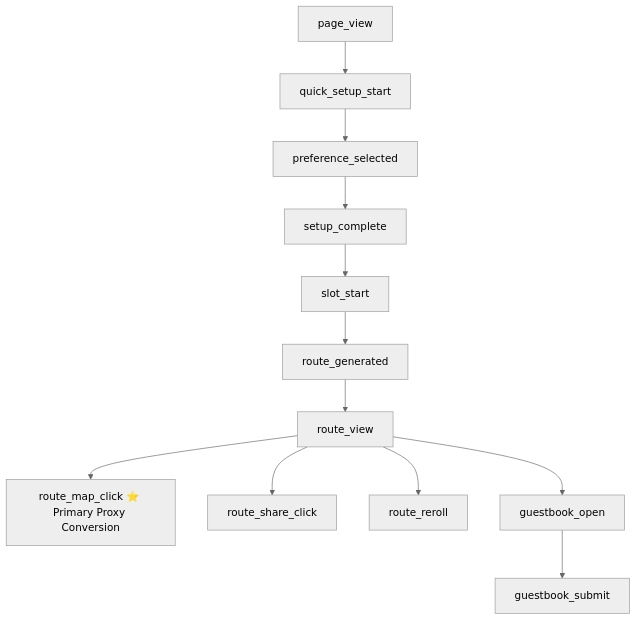
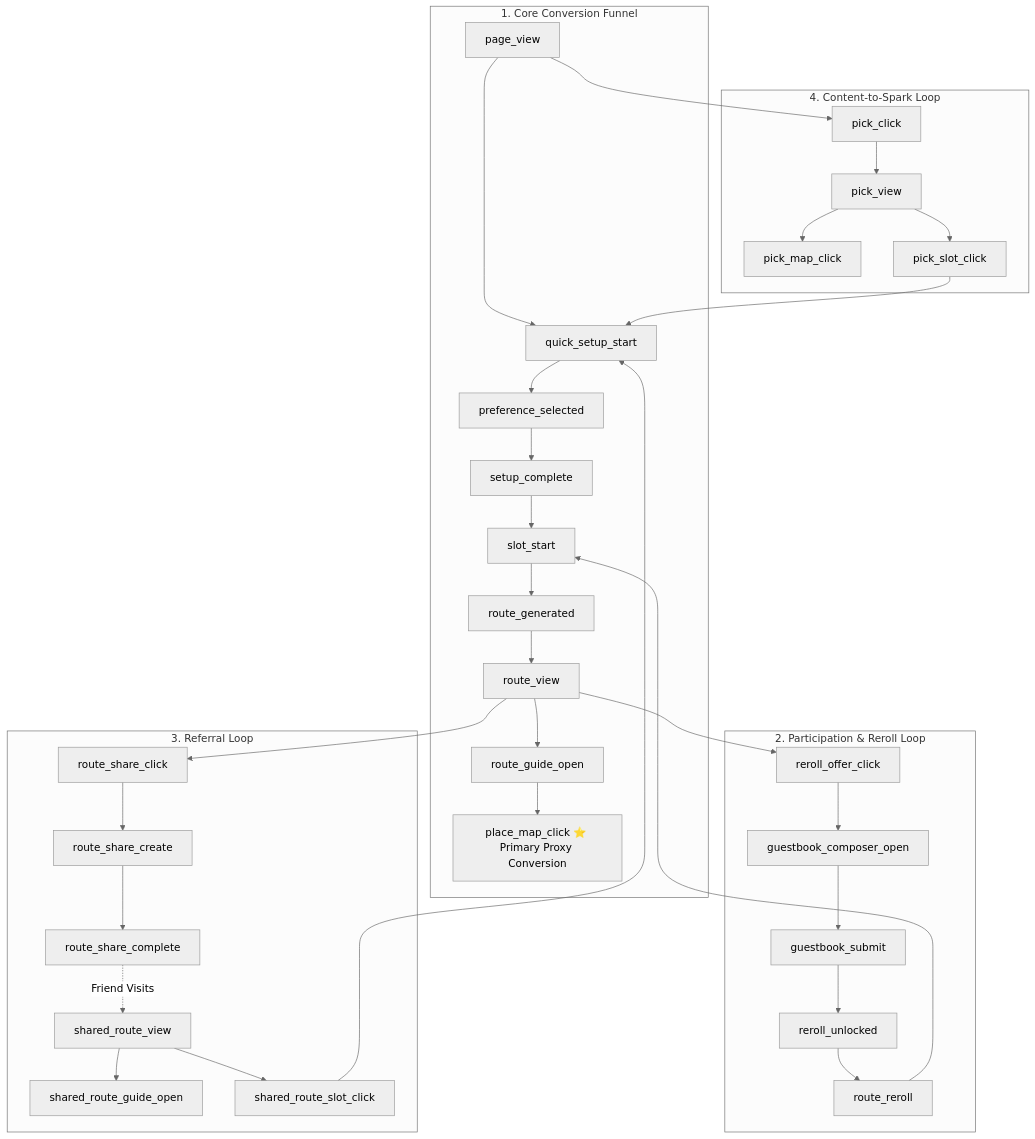
Before and after one commit to devchanz/daejeon-random-trip: the diagram in docs/ANALYTICS.md, drawn with Mermaid (neutral theme). The commit also changed other lines of this file and 4 other files, not shown here.

````diff
--- a/docs/ANALYTICS.md
+++ b/docs/ANALYTICS.md
@@ -10,14 +14,40 @@
 ```mermaid
 flowchart TD
-    A[page_view] --> B[quick_setup_start]
-    B --> C[preference_selected]
-    C --> D[setup_complete]
-    D --> E[slot_start]
-    E --> F[route_generated]
-    F --> G[route_view]
-    G --> H[route_map_click ⭐ Primary Proxy Conversion]
-    G --> I[route_share_click]
-    G --> J[route_reroll]
-    G --> K[guestbook_open]
-    K --> L[guestbook_submit]
+    subgraph CoreConversion [1. Core Conversion Funnel]
+        A[page_view] --> B[quick_setup_start]
+        B --> C[preference_selected]
+        C --> D[setup_complete]
+        D --> E[slot_start]
+        E --> F[route_generated]
+        F --> G[route_view]
+        G --> H[route_guide_open]
+        H --> I[place_map_click ⭐ Primary Proxy Conversion]
+    end
+
+    subgraph Participation [2. Participation & Reroll Loop]
+        G --> J[reroll_offer_click]
+        J --> K[guestbook_composer_open]
+        K --> L[guestbook_submit]
+        L --> M[reroll_unlocked]
+        M --> N[route_reroll]
+        N --> E
+    end
+
+    subgraph Referral [3. Referral Loop]
+        G --> O[route_share_click]
+        O --> P[route_share_create]
+        P --> Q[route_share_complete]
+        Q -. Friend Visits .-> R[shared_route_view]
+        R --> S[shared_route_guide_open]
+        R --> T[shared_route_slot_click]
+        T --> B
+    end
+
+    subgraph ContentPick [4. Content-to-Spark Loop]
+        A --> U[pick_click]
+        U --> V[pick_view]
+        V --> W[pick_map_click]
+        V --> X[pick_slot_click]
+        X --> B
+    end
 ```
````
